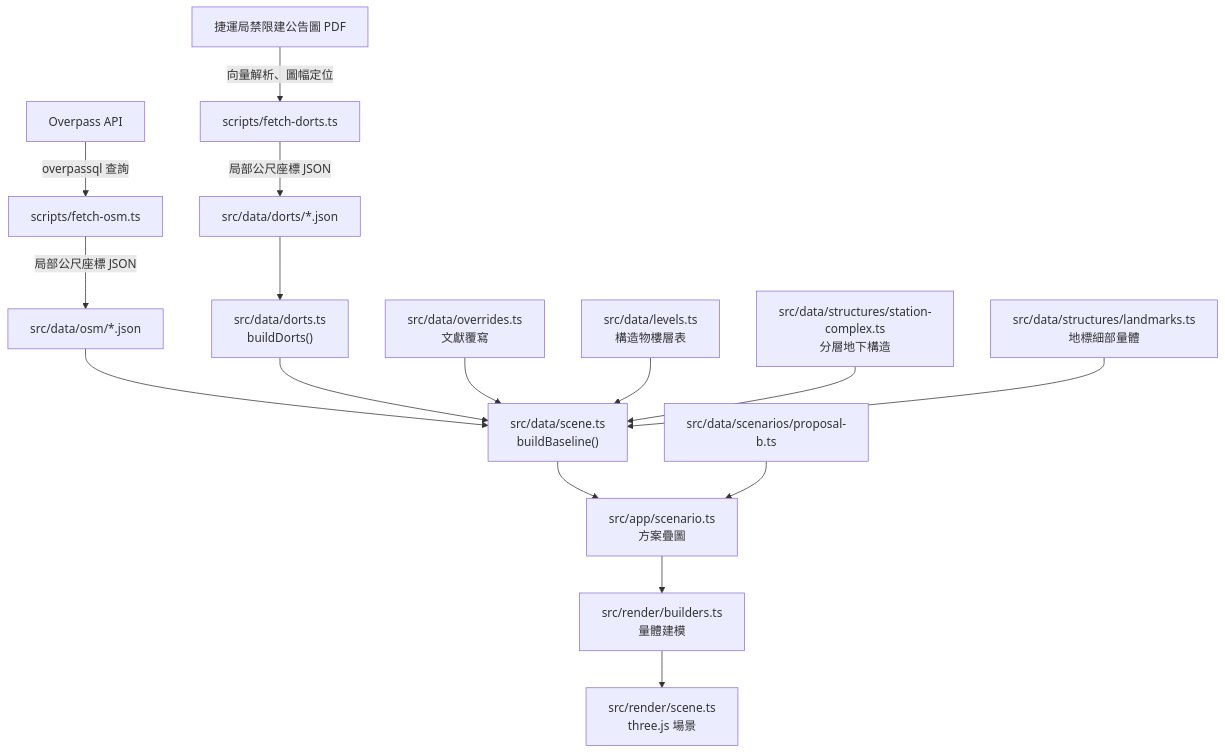
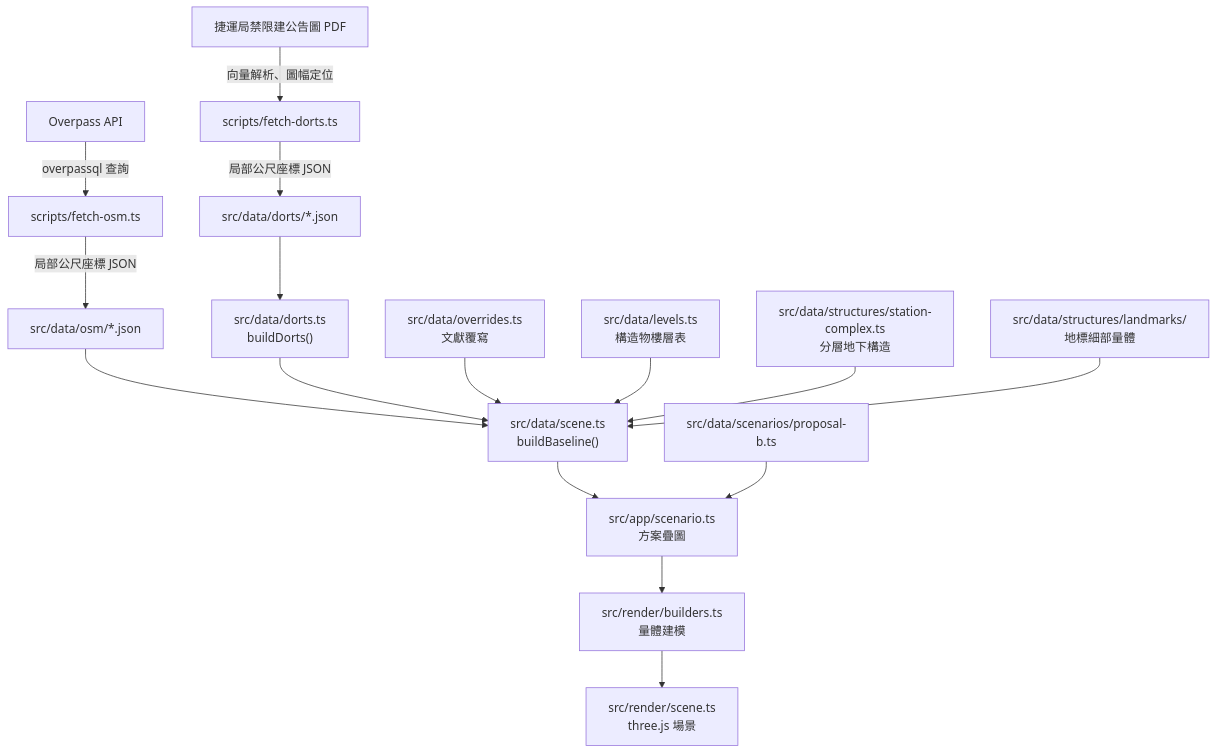
One commit to rschiang/kitameet changed the diagram in docs/architecture.md. Above: the diagram before and after it, drawn with Mermaid. The commit also changed other lines of this file and 45 other files, not shown here.

````diff
--- a/docs/architecture.md
+++ b/docs/architecture.md
@@ -7,18 +7,18 @@
 ```mermaid
 graph TD
     overpass["Overpass API"] -- "overpassql 查詢" --> fetch["scripts/fetch-osm.ts"]
     fetch -- "局部公尺座標 JSON" --> osm["src/data/osm/*.json"]
     dortspdf["捷運局禁限建公告圖 PDF"] -- "向量解析、圖幅定位" --> fetchd["scripts/fetch-dorts.ts"]
     fetchd -- "局部公尺座標 JSON" --> dorts["src/data/dorts/*.json"]
     osm --> scene["src/data/scene.ts<br/>buildBaseline()"]
     dorts --> dortsmod["src/data/dorts.ts<br/>buildDorts()"]
     dortsmod --> scene
     overrides["src/data/overrides.ts<br/>文獻覆寫"] --> scene
     levels["src/data/levels.ts<br/>構造物樓層表"] --> scene
     structures["src/data/structures/station-complex.ts<br/>分層地下構造"] --> scene
-    landmarks["src/data/structures/landmarks.ts<br/>地標細部量體"] --> scene
+    landmarks["src/data/structures/landmarks/<br/>地標細部量體"] --> scene
     scene --> scenario["src/app/scenario.ts<br/>方案疊圖"]
     proposal["src/data/scenarios/proposal-b.ts"] --> scenario
     scenario --> builders["src/render/builders.ts<br/>量體建模"]
     builders --> viewer["src/render/scene.ts<br/>three.js 場景"]
 ```
````
